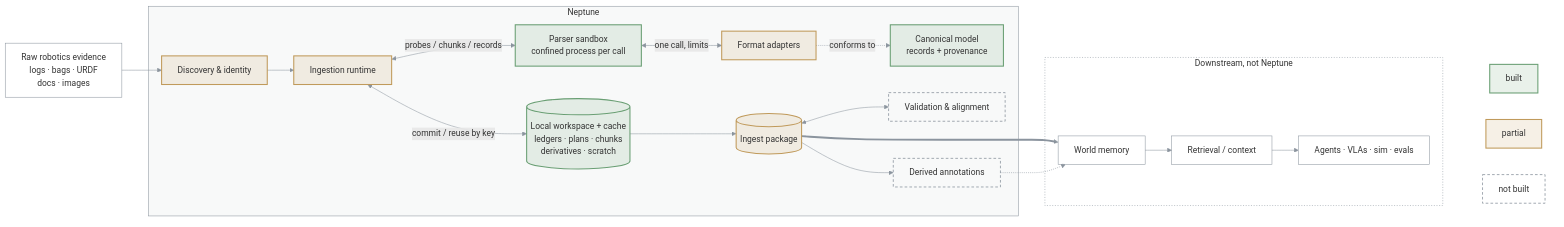
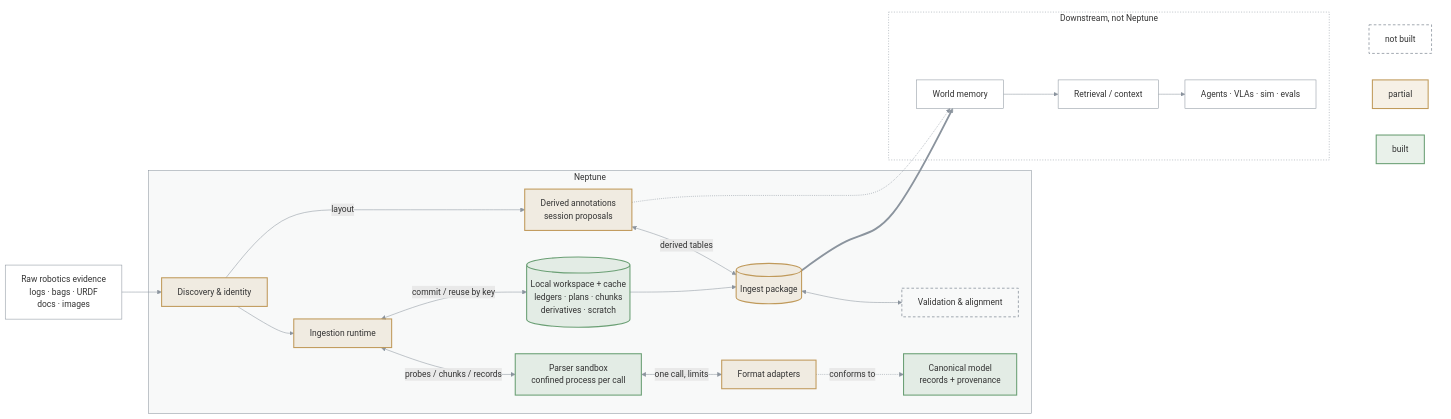
The diagram in ARCHITECTURE.md (bennytay/neptune), drawn with Mermaid before and after one commit. The commit also changed 6 other files, not shown here.

First line of the commit message:
docs(adr): 0036 session grouping v0, derived tables; pipeline, data model and architecture

````diff
--- a/ARCHITECTURE.md
+++ b/ARCHITECTURE.md
@@ -3,54 +3,55 @@
 ```mermaid
 flowchart LR
   RAW["Raw robotics evidence<br/>logs · bags · URDF<br/>docs · images"]
 
   subgraph N["Neptune"]
     DISC["Discovery &amp; identity"]
     RT["Ingestion runtime"]
     WS[("Local workspace + cache<br/>ledgers · plans · chunks<br/>derivatives · scratch")]
     AD["Format adapters"]
     SB["Parser sandbox<br/>confined process per call"]
     CAN["Canonical model<br/>records + provenance"]
     PKG[("Ingest package")]
     VAL["Validation &amp; alignment"]
-    DER["Derived annotations"]
+    DER["Derived annotations<br/>session proposals"]
   end
 
   subgraph D["Downstream, not Neptune"]
     MEM["World memory"]
     RET["Retrieval / context"]
     USE["Agents · VLAs · sim · evals"]
   end
 
   RAW --> DISC --> RT
   RT <-->|probes / chunks / records| SB
   SB <-->|one call, limits| AD
   AD -.->|conforms to| CAN
   RT <-->|commit / reuse by key| WS
   WS --> PKG
   PKG <--> VAL
-  PKG --> DER
+  DISC -->|layout| DER
+  DER <-->|derived tables| PKG
   PKG ==> MEM --> RET --> USE
   DER -.-> MEM
 
   subgraph KEY[" "]
     K1["built"]
     K2["partial"]
     K3["not built"]
   end
   USE ~~~ K1 & K2 & K3
 
   classDef built fill:#6a9f7426,stroke:#6a9f74,stroke-width:2px
   classDef partial fill:#c09a5b26,stroke:#c09a5b,stroke-width:2px
   classDef todo fill:none,stroke:#8b949e,stroke-width:1.5px,stroke-dasharray:5 4
   classDef ext fill:none,stroke:#8b949e,stroke-width:1px
   class CAN,WS,K1 built
-  class DISC,RT,AD,PKG,K2 partial
-  class VAL,DER,K3 todo
+  class DISC,RT,AD,PKG,DER,K2 partial
+  class VAL,K3 todo
   class SB built
   class RAW,MEM,RET,USE ext
   style N fill:#8b949e0f,stroke:#8b949e
   style D fill:none,stroke:#8b949e,stroke-dasharray:2 3
   style KEY fill:none,stroke:none
   linkStyle default stroke:#8b949e
 ```
````
